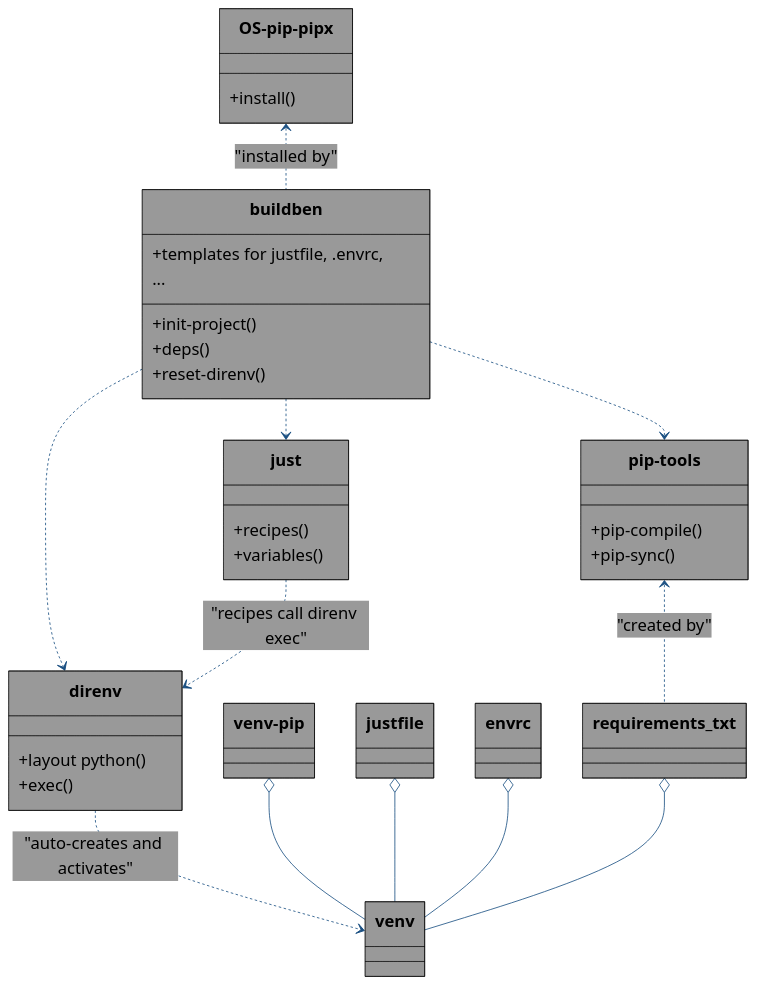
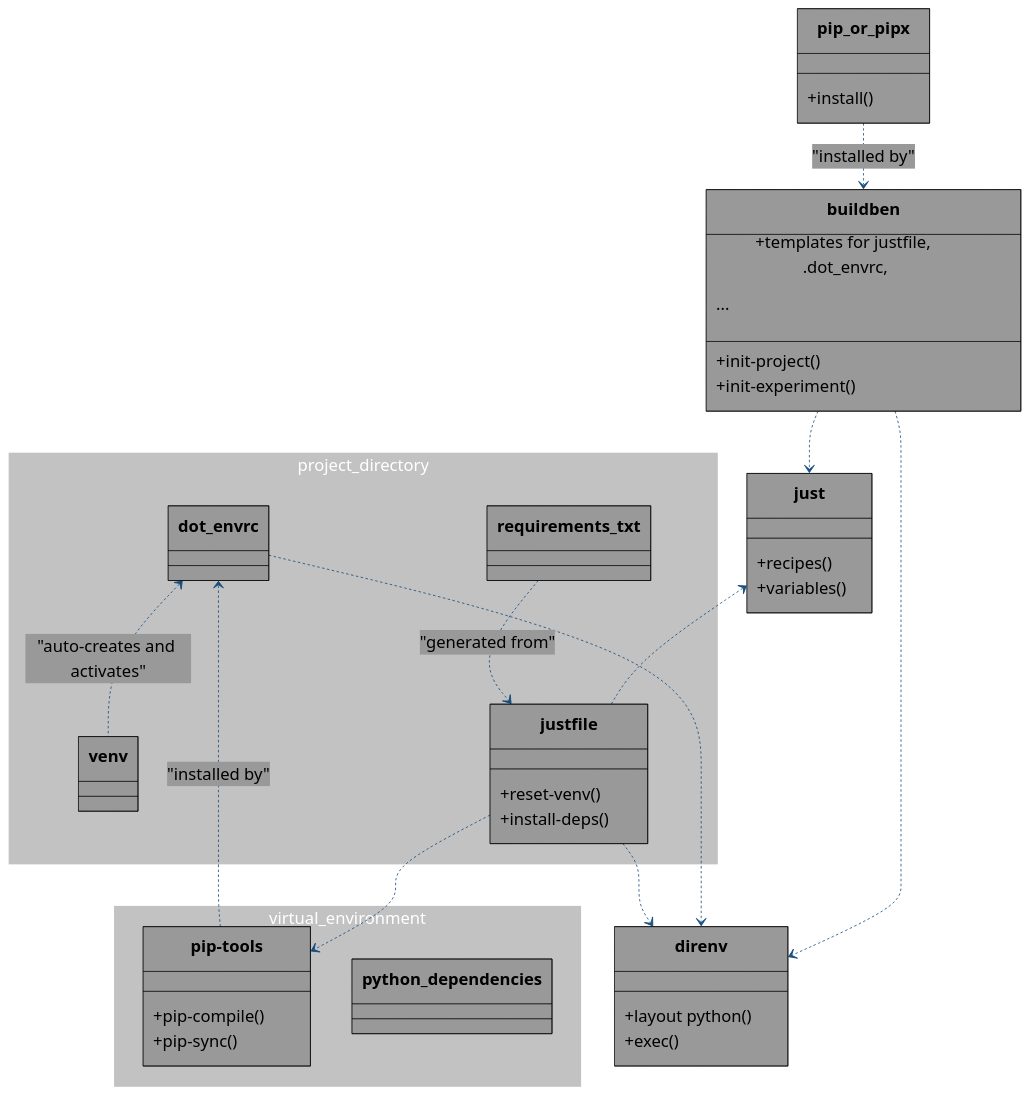
Before and after one commit to HisQu/buildben: the diagram in assets/classdiagram.mmd, drawn with Mermaid. The commit also changed 2 other files, not shown here.

Commit message:
✨ feat(assets): add flowchart
- add flowchart.mmd & .svg for visual representation of environment management

```diff
--- a/assets/classdiagram.mmd
+++ b/assets/classdiagram.mmd
@@ -1,96 +1,127 @@
 ---
 config:
     title: build-ben runtime helpers
     theme: base
     themeVariables:
         fontSize: 20px
         
         # Nodes
         primaryTextColor: "#000000"      # Black
         primaryColor: "#999999"          # Grey
         primaryBorderColor: "#00000099"  # Black transparent
         
         # Links
         lineColor: "#0e467bee"        # Dark Blue transparent
         secondaryColor: "#0e467b03"   # Dark Blue transparent
         
         # Subgraphs
         tertiaryTextColor: "#ffffff"  # White
         tertiaryColor: "#99999999"    # Grey transparent
         tertiaryBorderColor: "#00000000" # Fully transparent
 ---
 
 
 
 classDiagram
     %% ───────────────────────────  Classes  ───────────────────────────
     
-    class buildben{
-        +templates for justfile, .envrc, 
-        +init-project()
-        +deps()
-        +reset-direnv()
-        ...
-    }
+    subgraph globalenvironment
+        class buildben{
+            +templates for justfile, .dot_envrc, 
+            +init-project()
+            +init-experiment()
+            ...
+            }
 
-    class direnv{
-        +layout python()
-        +exec()
-    }
+        class direnv{
+            +layout python()
+            +exec()
+        }
 
-    class pip-tools{
-        +pip-compile()
-        +pip-sync()
-    }
+        class pip_or_pipx{
+            +install()
+        }
 
-    class OS-pip-pipx{
-        +install()
+        class just{
+            +recipes()
+            +variables()
+        }
+    
+    end
+    
+        
+    namespace virtual_environment{
+        class pip-tools{
+            +pip-compile()
+            +pip-sync()
+        }
 
-    }
-
-    class just{
-        +recipes()
-        +variables()
+        class python_dependencies{
+        }
+        
     }
     
-    class venv{
+    namespace project_directory{
+        class venv{
+        }
+        class justfile{
+            +reset-venv()
+            +install-deps()
+        }
+        
+        class dot_envrc{
+        }
+        
+        class requirements_txt{
+        }
+        
     }
     
-    class venv-pip{
-    }
-    
-    class justfile{
-    }
-    
-    class envrc{
-    }
-    
-    class requirements_txt{
-    }
+
 
     %% ─────────────────────────── Relationships ───────────────────────
     
     %% ## Connections
     %% > Inheritance: "is-a", Empty arrow: <|--, Points towards the parent
     %% > Composition: "part-of", Filled diamond: --*, Points towards the whole
     %% > Aggregation: "used-by", Open diamond: --o, Points towards the user
     %% > Dependency: "depends-on", Dotted line: ..>, Points from the dependent to the supplier (supplier=dependency)
     
     %% BuildBen uses each helper
-    OS-pip-pipx <.. buildben : "installed by"
-    buildben ..> direnv : 
-    direnv ..> venv : "auto-creates and activates"
-    buildben ..> just : 
-    buildben ..> pip-tools : 
+    %% pip_or_pipx <.. buildben : "installed by"
+    %% pip_or_pipx <.. buildben : "installed by"
+    %% buildben ..> direnv : 
+    dot_envrc <.. venv : "auto-creates and activates"
+    %% buildben ..> just : 
+    %% buildben ..> pip-tools : 
     
-    venv-pip o-- venv
-    justfile o-- venv
-    envrc o-- venv
-    requirements_txt o-- venv
     
-    pip-tools <.. requirements_txt : "created by"
+    %% dot_envrc ..> direnv
+    %% venv o-- pip-tools
     
-    %% helpers depend on each other at run-time
-    %% pip-tools ..> direnv : "runs inside venv"
-    just ..> direnv : "recipes call direnv exec"
-    %% OS-pip-pipx ..> pip-tools : "option B: python -m piptools"
+
+    %% just ..> direnv : "recipes call direnv exec"
+    %% just <.. justfile
+    %% justfile ..> direnv
+    %% justfile ..> pip-tools
+
+    
+    %% requirements_txt ..> justfile : created by
+
+
+    %% relationships
+    buildben ..> direnv
+    buildben ..> just
+    pip_or_pipx  ..> buildben : "installed by"
+
+    %% direnv ..> virtual_environment.Venv : "creates/activates"
+    %% project_directory -->* virtual_environment.Venv : ".direnv/"
+    %% venv *-- pip-tools
+    %% venv *-- python_dependencies
+
+    dot_envrc ..> direnv
+    justfile ..> direnv
+    justfile ..> pip-tools
+    dot_envrc <.. pip-tools : "installed by"
+    just <.. justfile
+    requirements_txt ..> justfile : "generated from"
```
